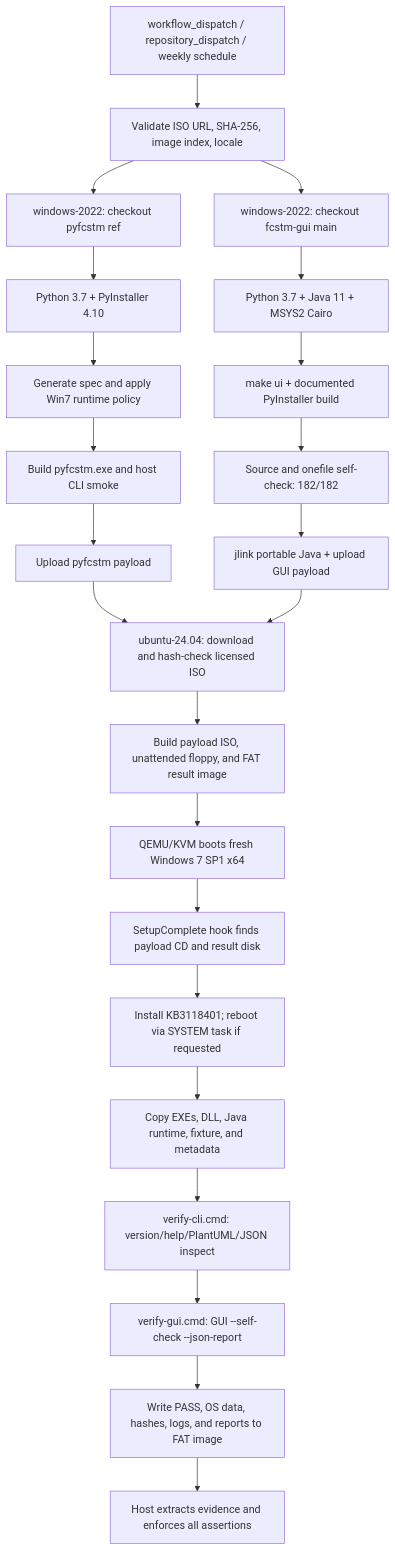
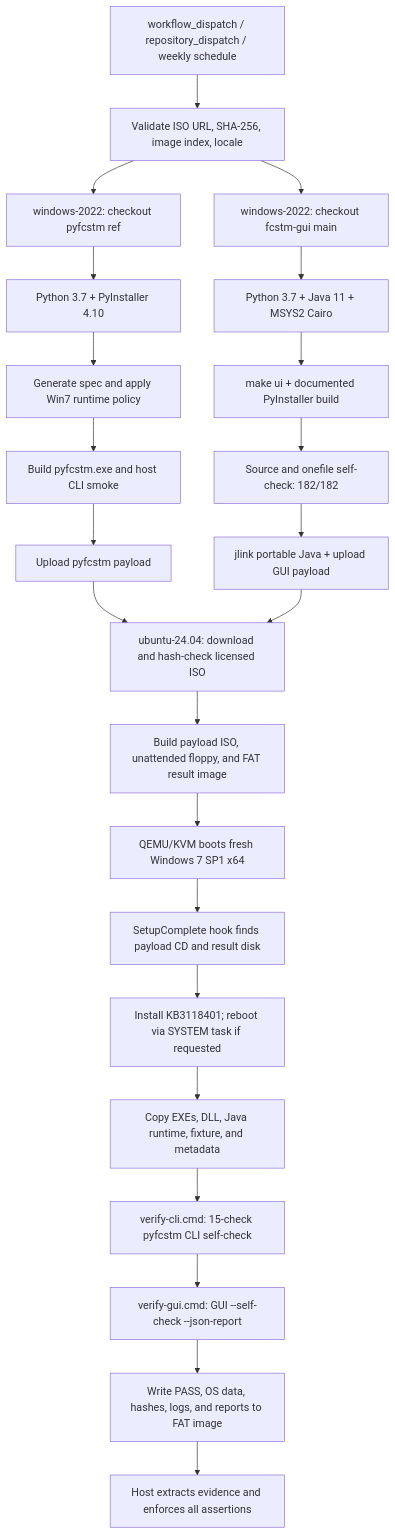
The diagram in README.md (HansBug/pyfcstm-win7-gha-poc), drawn with Mermaid before and after one commit. The commit also changed other lines of this file and 4 other files, not shown here.

Commit message:
test(win7): run pyfcstm cli self-check in guest

````diff
--- a/README.md
+++ b/README.md
@@ -65,25 +66,25 @@
 ```mermaid
 flowchart TD
     A[workflow_dispatch / repository_dispatch / weekly schedule] --> B[Validate ISO URL, SHA-256, image index, locale]
     B --> C1[windows-2022: checkout pyfcstm ref]
     B --> C2[windows-2022: checkout fcstm-gui main]
     C1 --> D1[Python 3.7 + PyInstaller 4.10]
     D1 --> E1[Generate spec and apply Win7 runtime policy]
     E1 --> F1[Build pyfcstm.exe and host CLI smoke]
     F1 --> G1[Upload pyfcstm payload]
     C2 --> D2[Python 3.7 + Java 11 + MSYS2 Cairo]
     D2 --> E2[make ui + documented PyInstaller build]
     E2 --> F2[Source and onefile self-check: 182/182]
     F2 --> G2[jlink portable Java + upload GUI payload]
     G1 --> H[ubuntu-24.04: download and hash-check licensed ISO]
     G2 --> H
     H --> I[Build payload ISO, unattended floppy, and FAT result image]
     I --> J[QEMU/KVM boots fresh Windows 7 SP1 x64]
     J --> K[SetupComplete hook finds payload CD and result disk]
     K --> L[Install KB3118401; reboot via SYSTEM task if requested]
     L --> M[Copy EXEs, DLL, Java runtime, fixture, and metadata]
-    M --> N[verify-cli.cmd: version/help/PlantUML/JSON inspect]
+    M --> N[verify-cli.cmd: 15-check pyfcstm CLI self-check]
     N --> O[verify-gui.cmd: GUI --self-check --json-report]
     O --> P[Write PASS, OS data, hashes, logs, and reports to FAT image]
     P --> Q[Host extracts evidence and enforces all assertions]
 ```
````
